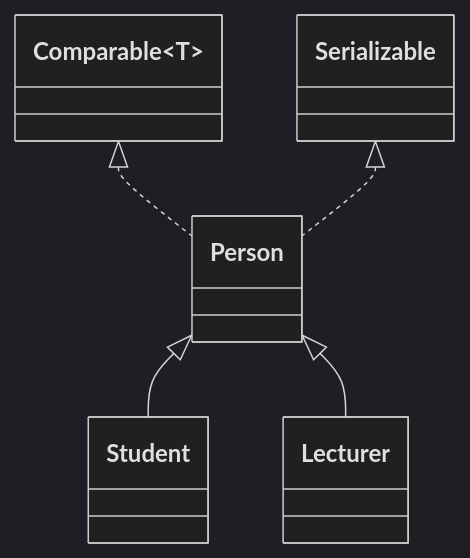
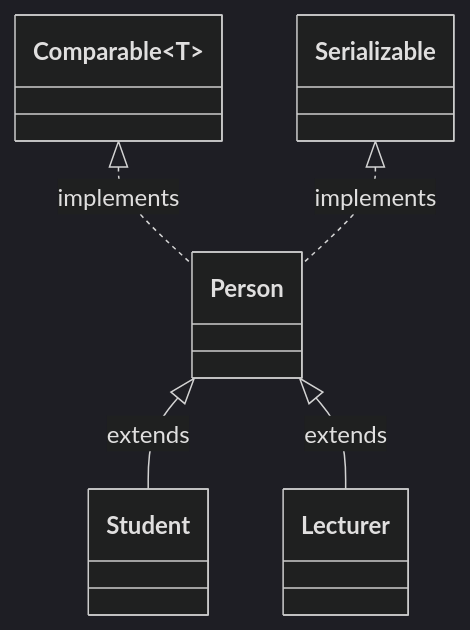
Before and after one commit to jappuccini/java-docs: the tenth of 11 diagrams in docs/documentation/class-diagrams.mdx, drawn with Mermaid (dark theme). The commit also changed 36 other files, not shown here.

````diff
--- a/docs/documentation/class-diagrams.mdx
+++ b/docs/documentation/class-diagrams.mdx
@@ -231,7 +231,7 @@
 ```mermaid
 classDiagram
-    Person <|-- Student
-    Person <|-- Lecturer
-    Comparable~T~ <|.. Person
-    Serializable <|.. Person
+    Person <|-- Student : extends
+    Person <|-- Lecturer : extends
+    Comparable~T~ <|.. Person : implements
+    Serializable <|.. Person : implements
 ```
````
